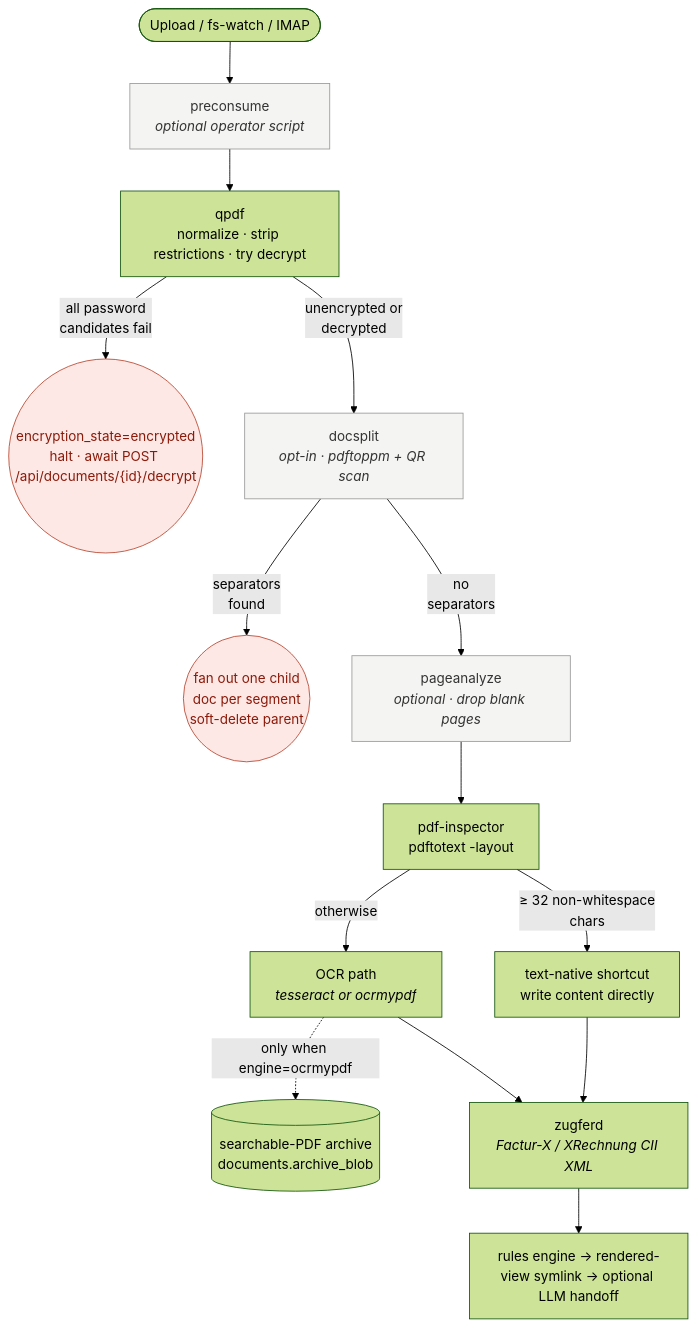
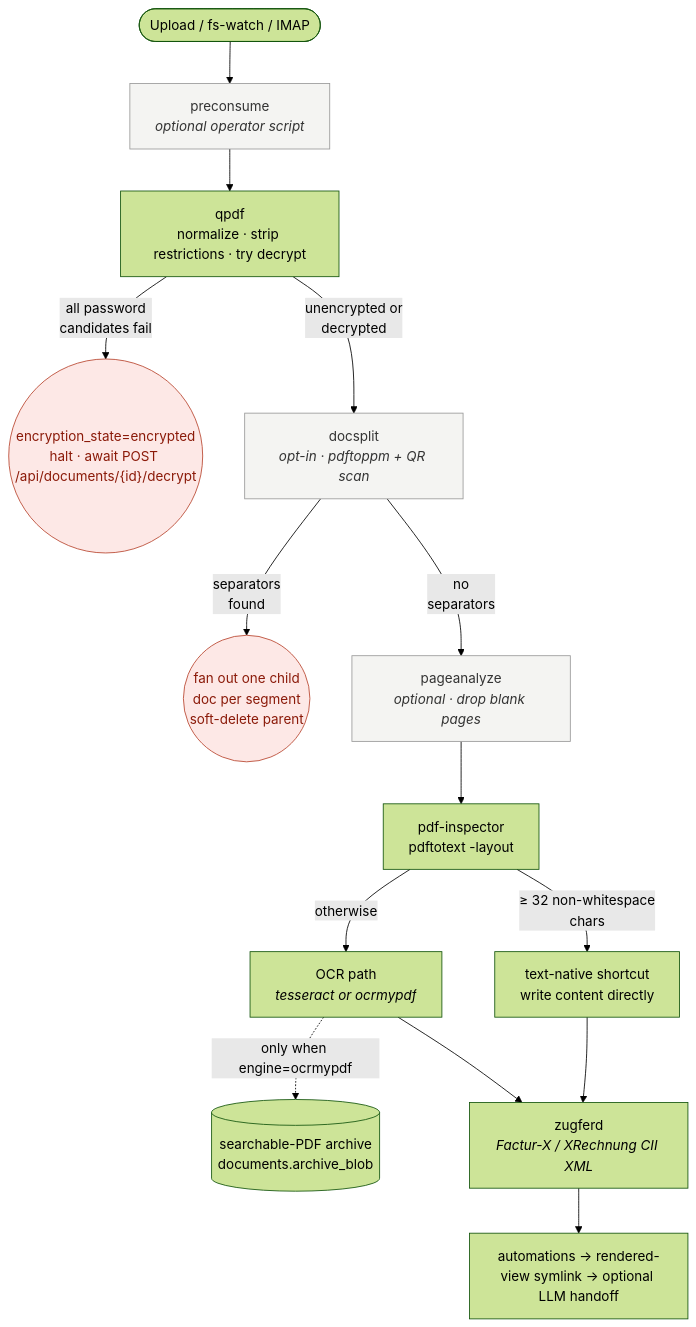
Before and after one commit to johnnybravo-xyz/suchi: the diagram in docs/formats.mdx, drawn with Mermaid (forest theme). The commit also changed other lines of this file and 11 other files, not shown here.

````diff
--- a/docs/formats.mdx
+++ b/docs/formats.mdx
@@ -36,21 +36,21 @@
 ```mermaid
 flowchart TD
     U([Upload / fs-watch / IMAP]) --> PC[preconsume<br/><i>optional operator script</i>]
     PC --> QPDF[qpdf<br/>normalize · strip restrictions · try decrypt]
     QPDF -- all password<br/>candidates fail --> ENC(("encryption_state=encrypted<br/>halt · await POST /api/documents/{id}/decrypt"))
     QPDF -- unencrypted or<br/>decrypted --> SPLIT[docsplit<br/><i>opt-in · pdftoppm + QR scan</i>]
     SPLIT -- separators<br/>found --> FAN(("fan out one child<br/>doc per segment<br/>soft-delete parent"))
     SPLIT -- no<br/>separators --> BLANK[pageanalyze<br/><i>optional · drop blank pages</i>]
     BLANK --> INSP[pdf-inspector<br/>pdftotext -layout]
     INSP -- ≥ 32 non-whitespace<br/>chars --> TN[text-native shortcut<br/>write content directly]
     INSP -- otherwise --> OCR[OCR path<br/><i>tesseract or ocrmypdf</i>]
     OCR -.->|only when engine=ocrmypdf| ARCH[(searchable-PDF archive<br/>documents.archive_blob)]
     TN --> ZUG[zugferd<br/><i>Factur-X / XRechnung CII XML</i>]
     OCR --> ZUG
-    ZUG --> RULES[rules engine → rendered-view symlink → optional LLM handoff]
+    ZUG --> RULES[automations → rendered-view symlink → optional LLM handoff]
 
     classDef halt fill:#fde8e6,stroke:#b8442e,color:#8b1a09
     classDef optional fill:#f4f4f2,stroke:#999,color:#333
     class ENC,FAN halt
     class PC,SPLIT,BLANK optional
 ```
````
